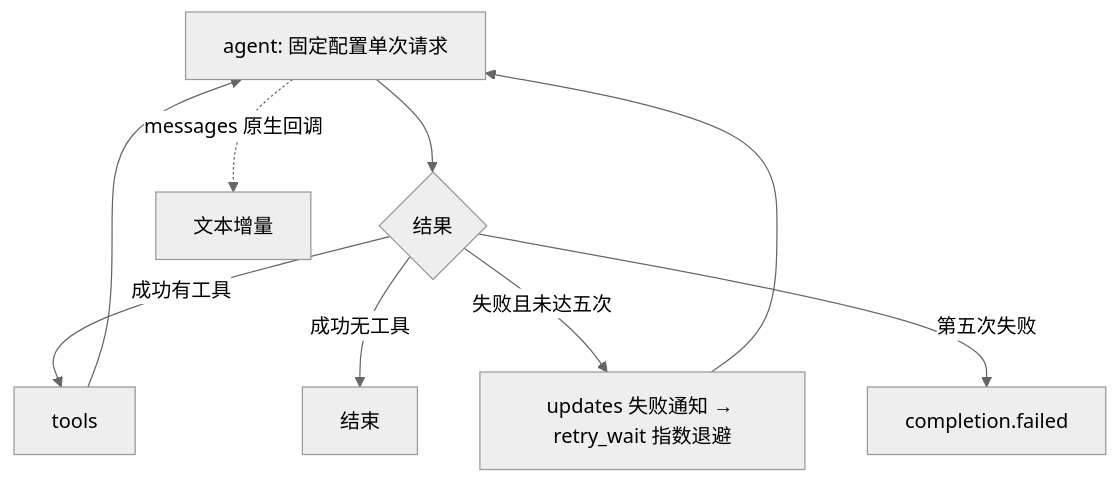
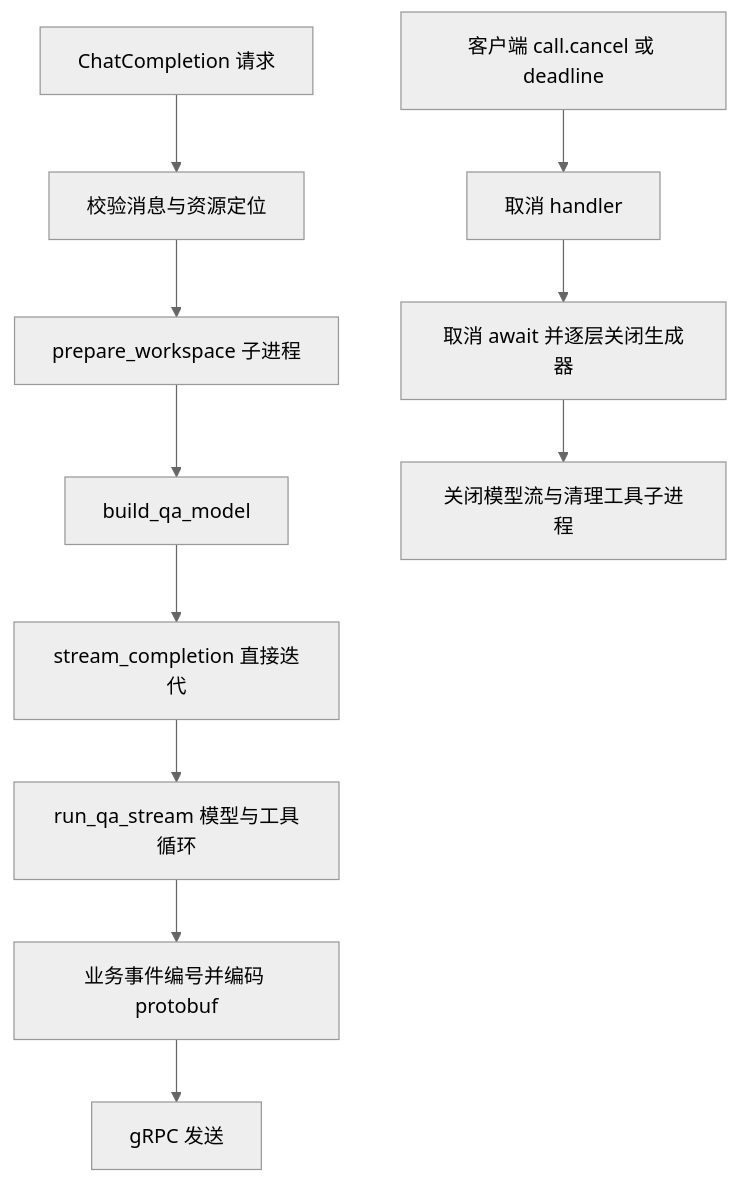
Before and after one commit to ADChahaha/TraceAgent: the diagram in agent/service/file_extraction_agent/docs/flowchart.md, drawn with Mermaid (neutral theme). The commit also changed other lines of this file and 39 other files, not shown here.

Commit message:
refactor(agent): bind completion execution to gRPC lifecycle

````diff
--- a/agent/service/file_extraction_agent/docs/flowchart.md
+++ b/agent/service/file_extraction_agent/docs/flowchart.md
@@ -39,11 +5,13 @@
 ```mermaid
 flowchart TD
-    A[agent: 固定配置单次请求] --> B{结果}
-    A -. messages 原生回调 .-> S[文本增量]
-    B -->|成功有工具| T[tools]
-    T --> A
-    B -->|成功无工具| E[结束]
-    B -->|失败且未达五次| R[updates 失败通知 → retry_wait 指数退避]
-    R --> A
-    B -->|第五次失败| F[completion.failed]
+    A[ChatCompletion 请求] --> B[校验消息与资源定位]
+    B --> C[prepare_workspace 子进程]
+    C --> D[build_qa_model]
+    D --> E[stream_completion 直接迭代]
+    E --> F[run_qa_stream 模型与工具循环]
+    F --> G[业务事件编号并编码 protobuf]
+    G --> H[gRPC 发送]
+    X[客户端 call.cancel 或 deadline] --> Y[取消 handler]
+    Y --> Z[取消 await 并逐层关闭生成器]
+    Z --> W[关闭模型流与清理工具子进程]
 ```
````
